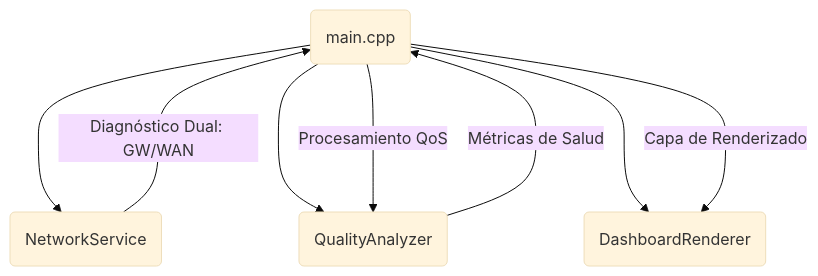
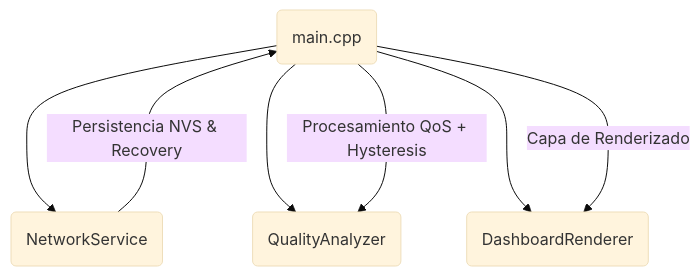
One commit to CCuetoC/wifi-quality-monitor-esp32c6 changed the diagram in README.md. Above: the diagram before and after it, drawn with Mermaid. The commit also changed other lines of this file and 3 other files, not shown here.

Commit message:
feat(m8): blindaje industrial con persistencia acumulada NVS y watchdog de red

````diff
--- a/README.md
+++ b/README.md
@@ -56,12 +34,11 @@
 ```mermaid
 %%{init: {'theme': 'base', 'themeVariables': { 'edgeFontSize': '9px'}}}%%
 graph TD
     A(main.cpp) ---> B(NetworkService)
     A ---> C(QualityAnalyzer)
     A ---> D(DashboardRenderer)
     
-    B -- "Diagnóstico Dual: GW/WAN" ---> A
-    A -- "Procesamiento QoS" ---> C
-    C -- "Métricas de Salud" ---> A
+    B -- "Persistencia NVS & Recovery" ---> A
+    A -- "Procesamiento QoS + Hysteresis" ---> C
     A -- "Capa de Renderizado" ---> D
 ```
````
